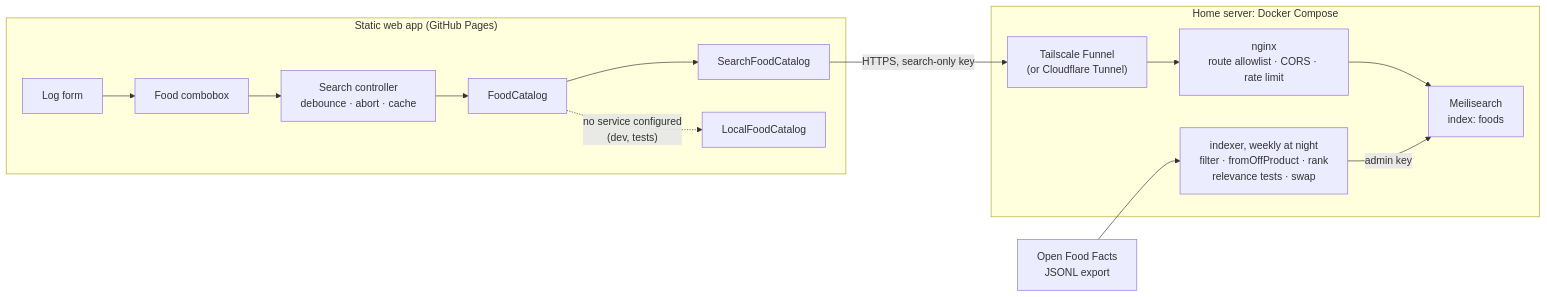
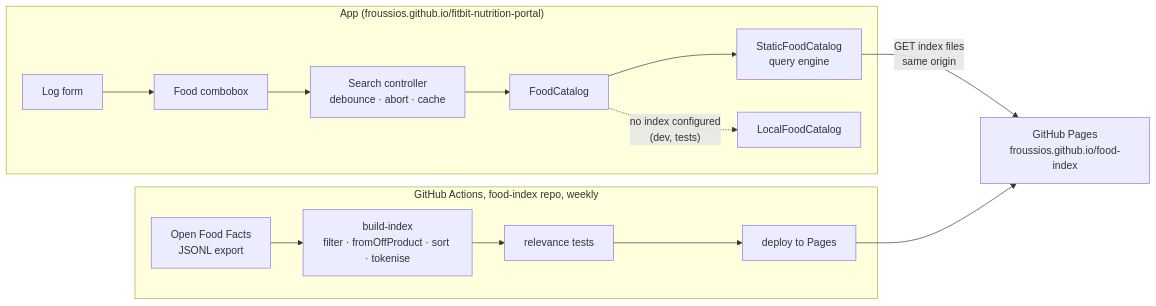
Before and after one commit to Froussios/fitbit-nutrition-portal: the diagram in docs/FOOD_SEARCH.md, drawn with Mermaid. The commit also changed other lines of this file and 3 other files, not shown here.

First line of the commit message:
Food search: exact-word matching over a free static index

````diff
--- a/docs/FOOD_SEARCH.md
+++ b/docs/FOOD_SEARCH.md
@@ -253,17 +260,16 @@
 ```mermaid
 flowchart LR
-  subgraph Browser["Static web app (GitHub Pages)"]
+  subgraph Browser["App (froussios.github.io/fitbit-nutrition-portal)"]
     Form["Log form"] --> Combo["Food combobox"]
     Combo --> Ctl["Search controller<br/>debounce · abort · cache"]
     Ctl --> FC["FoodCatalog"]
-    FC --> Meili["SearchFoodCatalog"]
-    FC -.->|"no service configured<br/>(dev, tests)"| Local["LocalFoodCatalog"]
+    FC --> SFC["StaticFoodCatalog<br/>query engine"]
+    FC -.->|"no index configured<br/>(dev, tests)"| Local["LocalFoodCatalog"]
   end
-  Meili -- "HTTPS, search-only key" --> Funnel["Tailscale Funnel<br/>(or Cloudflare Tunnel)"]
-  subgraph Home["Home server: Docker Compose"]
-    Funnel --> Proxy["nginx<br/>route allowlist · CORS · rate limit"]
-    Proxy --> MS["Meilisearch<br/>index: foods"]
-    Indexer["indexer, weekly at night<br/>filter · fromOffProduct · rank<br/>relevance tests · swap"] -- "admin key" --> MS
+  SFC -- "GET index files<br/>same origin" --> Pages["GitHub Pages<br/>froussios.github.io/food-index"]
+  subgraph GHA["GitHub Actions, food-index repo, weekly"]
+    Dump["Open Food Facts<br/>JSONL export"] --> Build["build-index<br/>filter · fromOffProduct · sort · tokenise"]
+    Build --> Test["relevance tests"] --> Deploy["deploy to Pages"]
   end
-  Dump["Open Food Facts<br/>JSONL export"] --> Indexer
+  Deploy --> Pages
 ```
````
